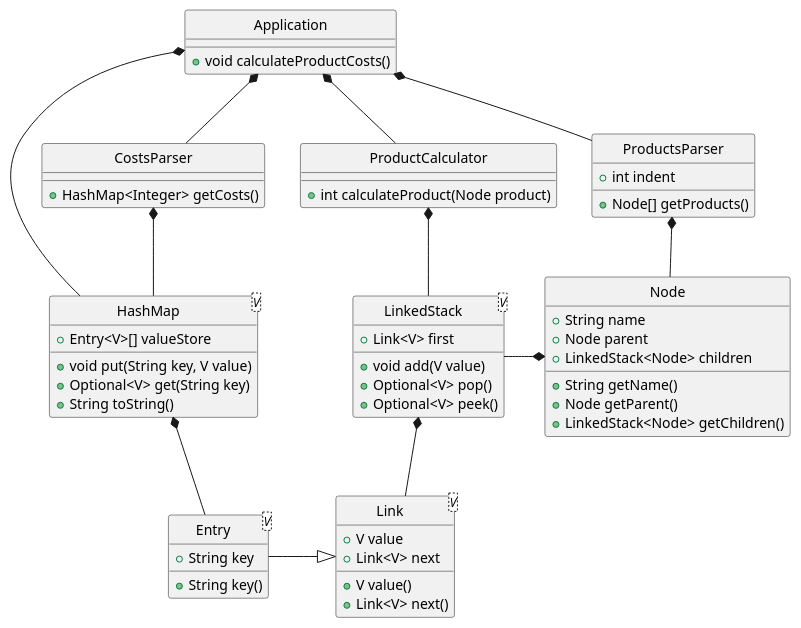
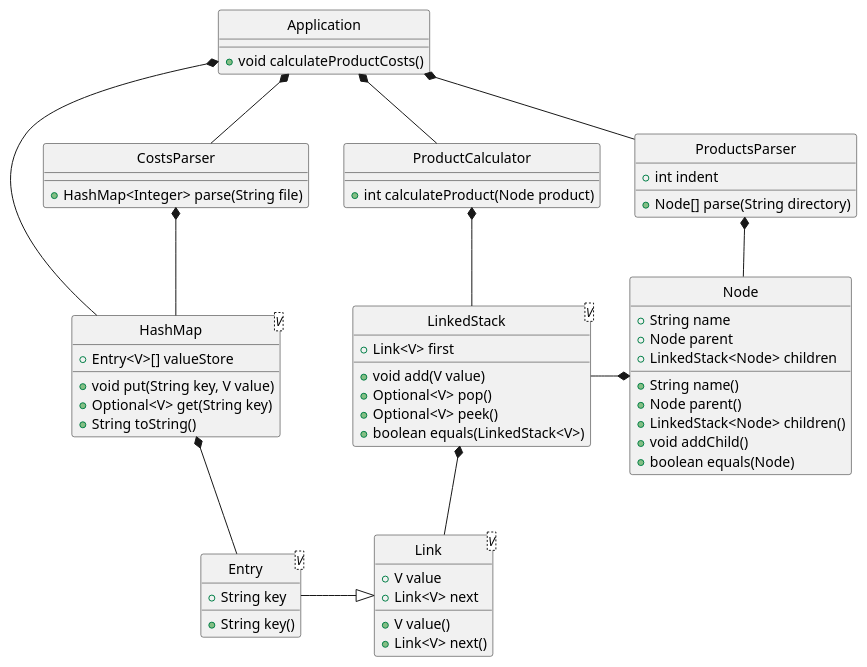
One commit to Jack272Hughes/uni-data-structures-and-algorithms changed the diagram in docs/code/class-diagram.pu. Above: the diagram before and after it, drawn with PlantUML. The commit also changed 3 other files, not shown here.

```diff
--- a/docs/code/class-diagram.pu
+++ b/docs/code/class-diagram.pu
@@ -1,71 +1,74 @@
 @startuml
 
 class Link<V> {
   +V value
   +Link<V> next
   +V value()
   +Link<V> next()
 }
 
 class HashMap<V> {
   +Entry<V>[] valueStore
   +void put(String key, V value)
   +Optional<V> get(String key)
   +String toString()
 }
 
 class Entry<V> {
   +String key
   +String key()
 }
 
 class LinkedStack<V> {
   +Link<V> first
   +void add(V value)
   +Optional<V> pop()
   +Optional<V> peek()
+  +boolean equals(LinkedStack<V>)
 }
 
 class Node {
   +String name
   +Node parent
   +LinkedStack<Node> children
-  +String getName()
-  +Node getParent()
-  +LinkedStack<Node> getChildren()
+  +String name()
+  +Node parent()
+  +LinkedStack<Node> children()
+  +void addChild()
+  +boolean equals(Node)
 }
 
 class ProductsParser {
   +int indent
-  +Node[] getProducts()
+  +Node[] parse(String directory)
 }
 
 class CostsParser {
-  +HashMap<Integer> getCosts()
+  +HashMap<Integer> parse(String file)
 }
 
 class ProductCalculator {
   +int calculateProduct(Node product)
 }
 
 class Application {
   +void calculateProductCosts()
 }
 
 HashMap *-- Entry
 LinkedStack *-- Link
 Link <|-left- Entry
 
 ProductsParser *-- Node
 CostsParser *-- HashMap
 ProductCalculator *-- LinkedStack
 LinkedStack -right-* Node
 
 Application *-- ProductsParser
 Application *-- ProductCalculator
 Application *-- CostsParser
 Application *-- HashMap
 
 hide circle
 
 @enduml
```
